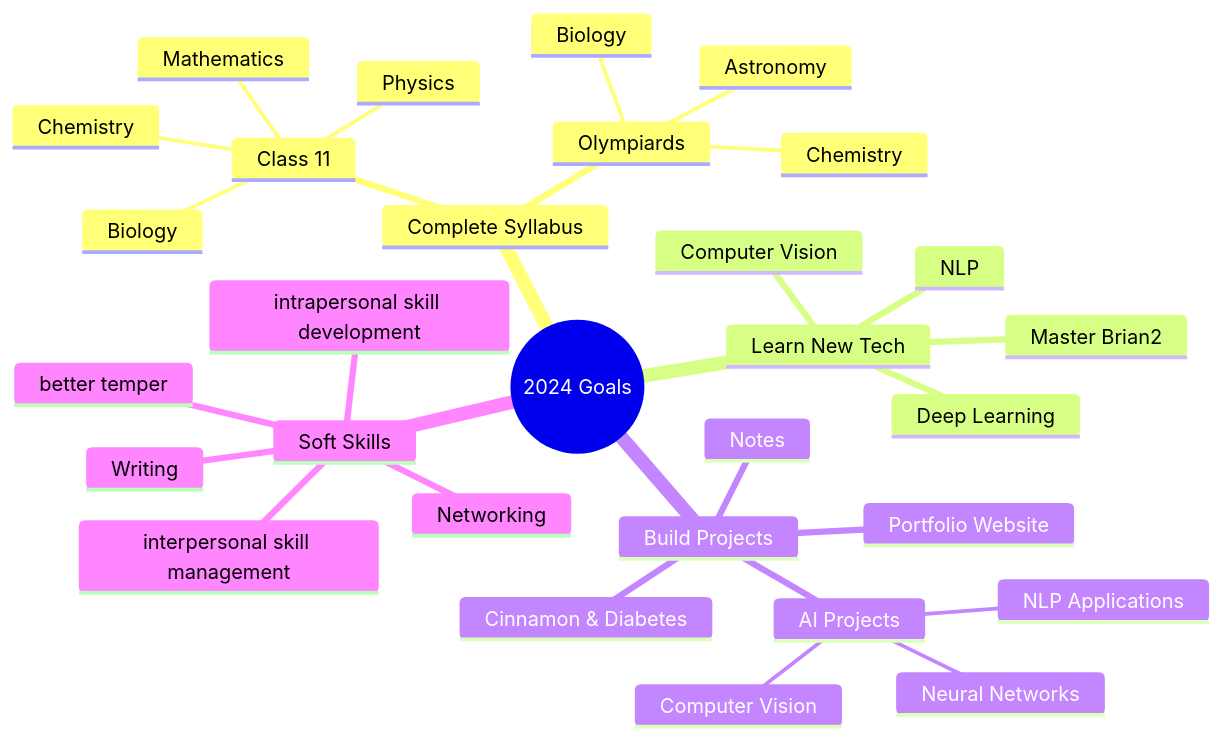
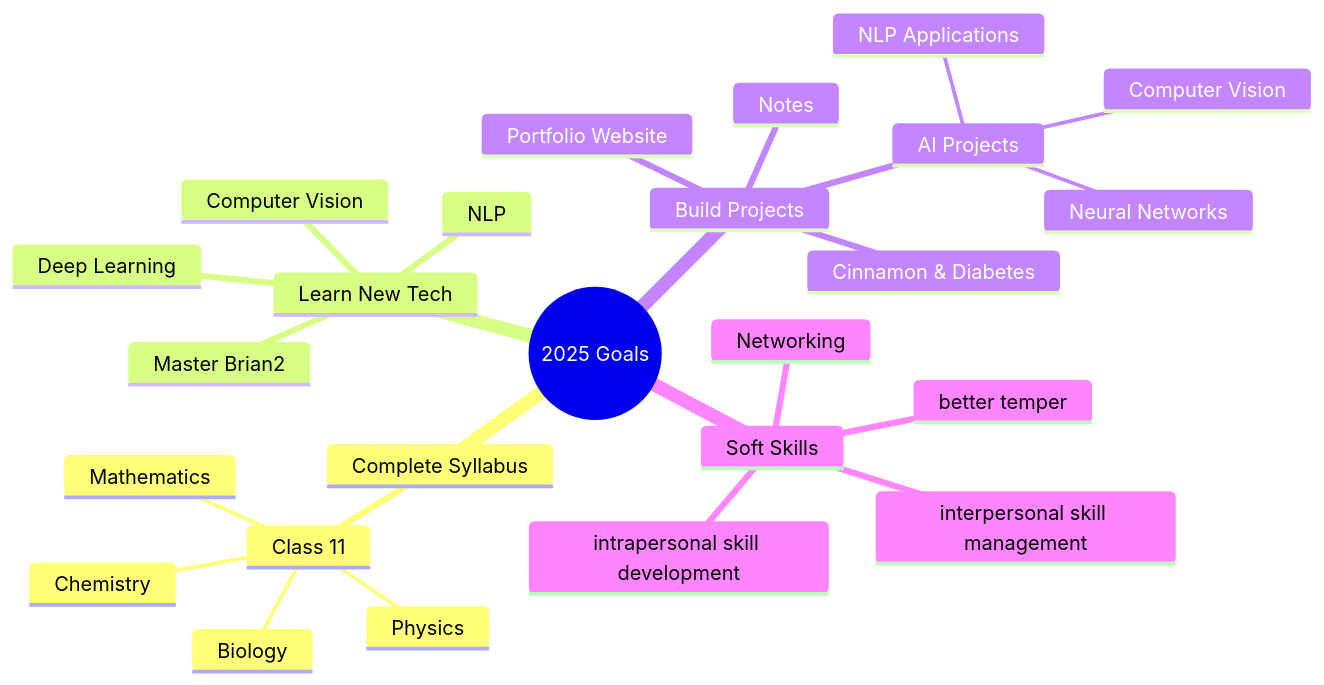
Before and after one commit to dirtbag128/dirtbag128: the diagram in README.md, drawn with Mermaid. The commit also changed other lines of this file, not shown here.

Commit message:
new username

````diff
--- a/README.md
+++ b/README.md
@@ -110,33 +110,28 @@
 ```mermaid
 mindmap
-  root((2024 Goals))
+  root((2025 Goals))
     Complete Syllabus
       Class 11
         Physics
         Chemistry
         Biology
         Mathematics
-      Olympiards
-        Biology
-        Chemistry
-        Astronomy
     Learn New Tech
       Master Brian2
       Deep Learning
       Computer Vision
       NLP
     Build Projects
       Portfolio Website
       Cinnamon & Diabetes
       Notes
       AI Projects
         Neural Networks
         Computer Vision
         NLP Applications
     Soft Skills
-      Writing
       better temper
       intrapersonal skill development
       interpersonal skill management
       Networking
 ```
````
